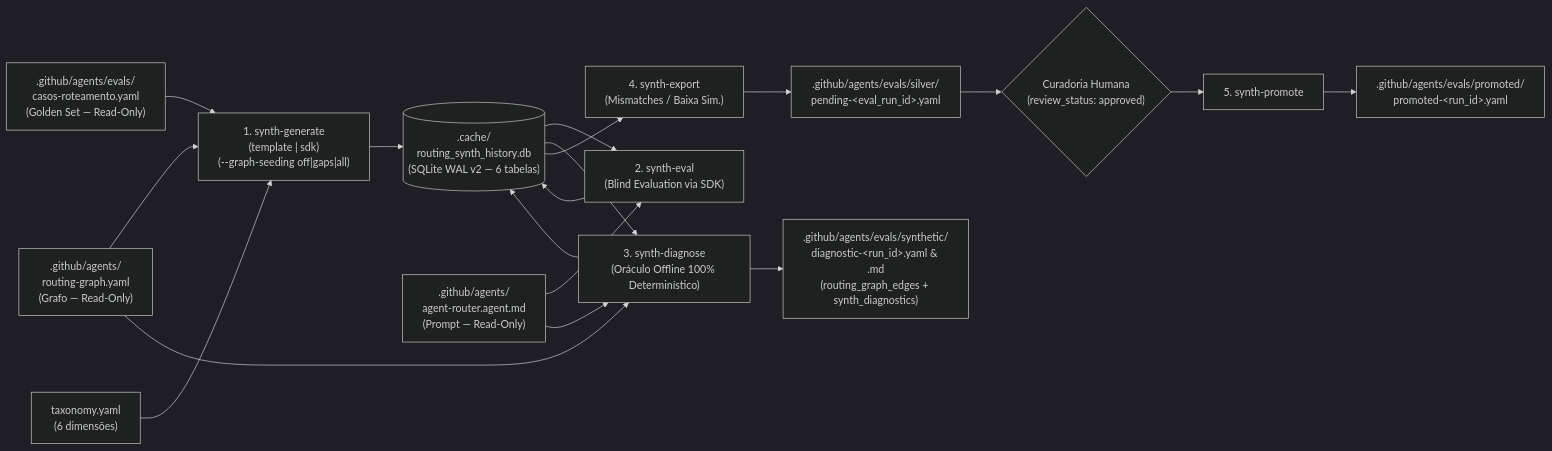
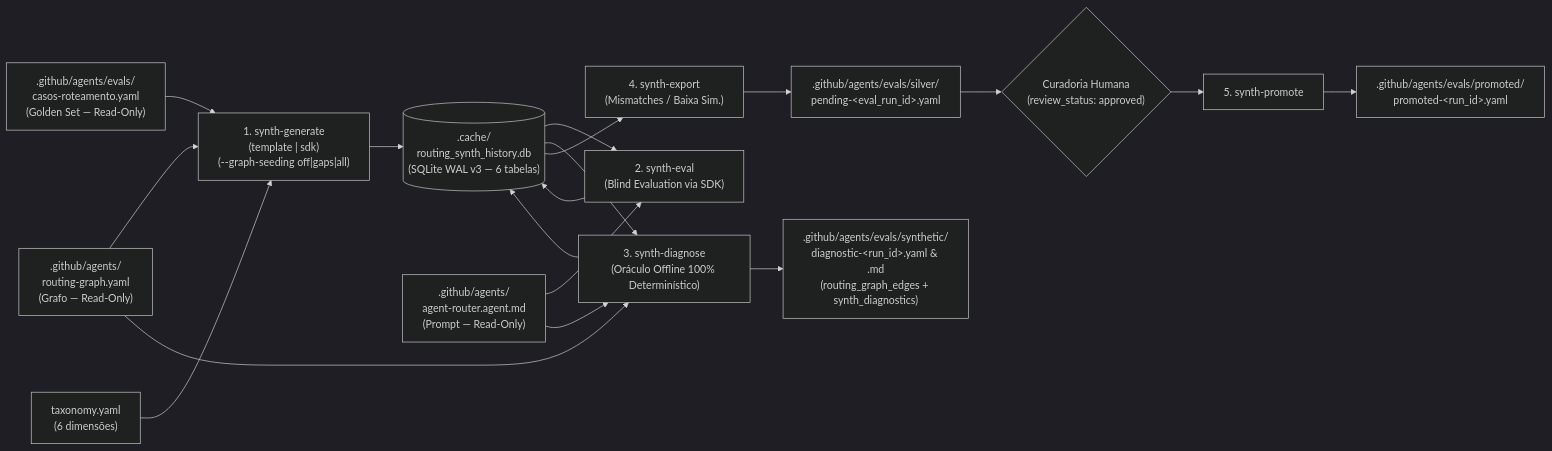
One commit to jezreel8858/deep-agents-copilot changed the diagram in docs/guides/synth-routing-eval-copilot-sdk-guide.md. Above: the diagram before and after it, drawn with Mermaid (dark theme). The commit also changed other lines of this file and 80 other files, not shown here.

````diff
--- a/docs/guides/synth-routing-eval-copilot-sdk-guide.md
+++ b/docs/guides/synth-routing-eval-copilot-sdk-guide.md
@@ -30,20 +33,20 @@
 ```mermaid
 flowchart LR
     G[".github/agents/evals/<br/>casos-roteamento.yaml<br/>(Golden Set — Read-Only)"] --> GEN
     RG[".github/agents/<br/>routing-graph.yaml<br/>(Grafo — Read-Only)"] --> GEN
     T["taxonomy.yaml<br/>(6 dimensões)"] --> GEN
-    GEN["1. synth-generate<br/>(template | sdk)<br/>(--graph-seeding off|gaps|all)"] --> DB[(".cache/<br/>routing_synth_history.db<br/>(SQLite WAL v2 — 6 tabelas)")]
+    GEN["1. synth-generate<br/>(template | sdk)<br/>(--graph-seeding off|gaps|all)"] --> DB[(".cache/<br/>routing_synth_history.db<br/>(SQLite WAL v3 — 6 tabelas)")]
     DB --> EVAL["2. synth-eval<br/>(Blind Evaluation via SDK)"]
     AR[".github/agents/<br/>agent-router.agent.md<br/>(Prompt — Read-Only)"] --> EVAL
     EVAL --> DB
     DB --> DIAG["3. synth-diagnose<br/>(Oráculo Offline 100% Determinístico)"]
     RG --> DIAG
     AR --> DIAG
     DIAG --> DB
     DIAG --> DART[".github/agents/evals/synthetic/<br/>diagnostic-&lt;run_id&gt;.yaml & .md<br/>(routing_graph_edges + synth_diagnostics)"]
     DB --> EXP["4. synth-export<br/>(Mismatches / Baixa Sim.)"]
     EXP --> S[".github/agents/evals/silver/<br/>pending-&lt;eval_run_id&gt;.yaml"]
     S --> HITL{"Curadoria Humana<br/>(review_status: approved)"}
     HITL --> PROM["5. synth-promote"]
     PROM --> P[".github/agents/evals/promoted/<br/>promoted-&lt;run_id&gt;.yaml"]
 ```
````
